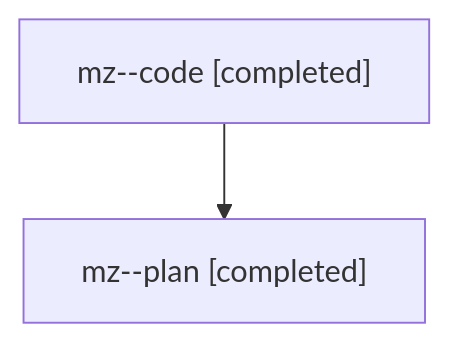
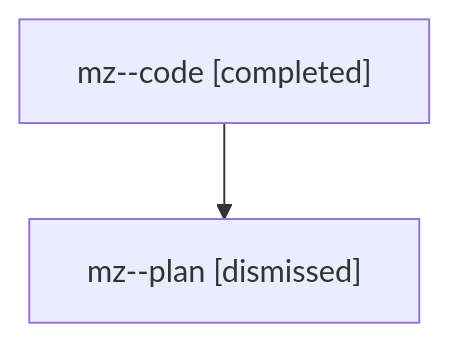
One commit to sase-org/sase--agents changed the diagram in families/bbugyi200.athena.mz.md. Above: the diagram before and after it, drawn with Mermaid. The commit also changed other lines of this file and 740 other files, not shown here.

````diff
--- a/families/bbugyi200.athena.mz.md
+++ b/families/bbugyi200.athena.mz.md
@@ -9,6 +9,6 @@
 ```mermaid
 flowchart TD
   n0["mz--code [completed]"]
-  n1["mz--plan [completed]"]
+  n1["mz--plan [dismissed]"]
   n0 --> n1
 ```
````
